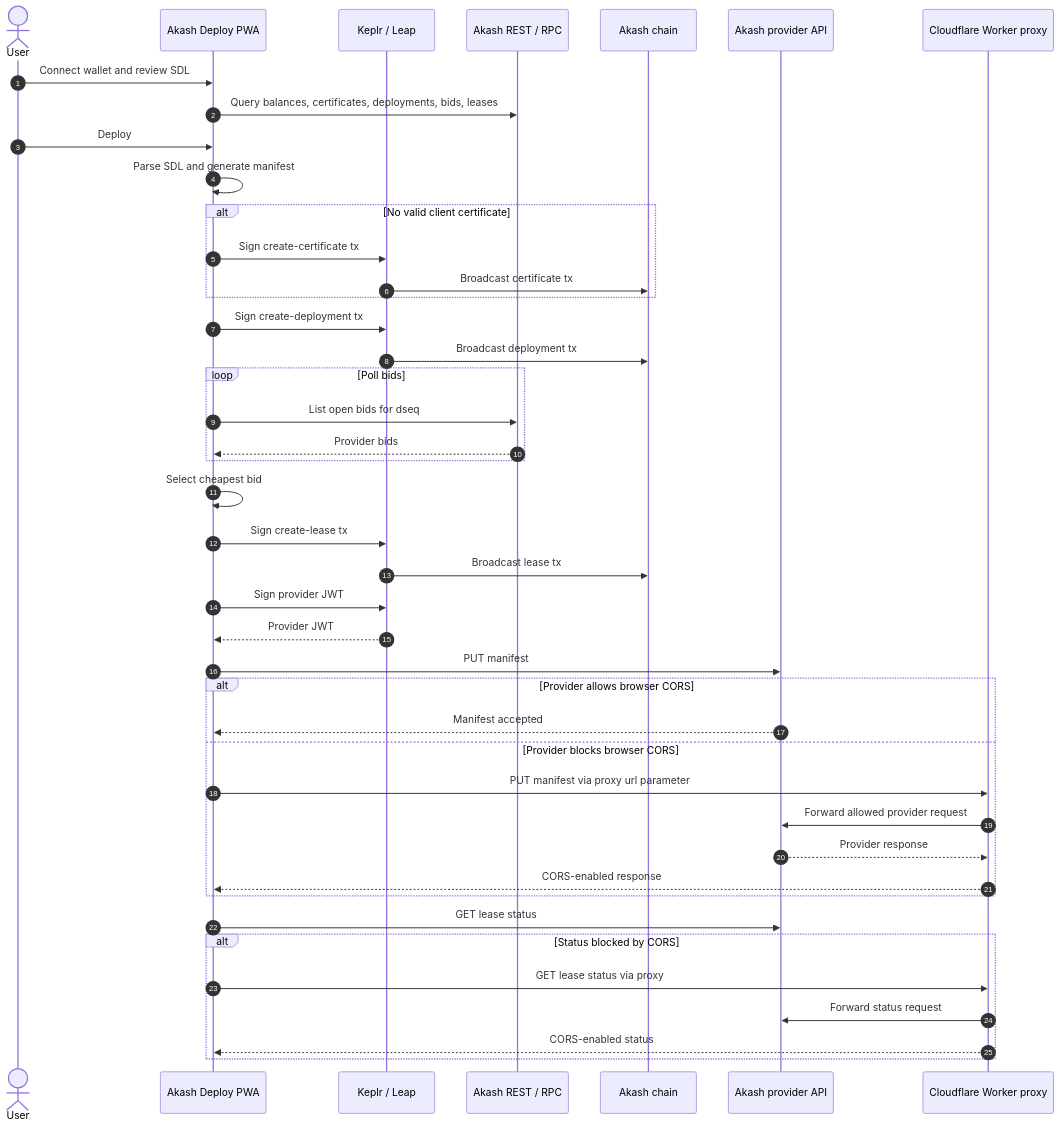
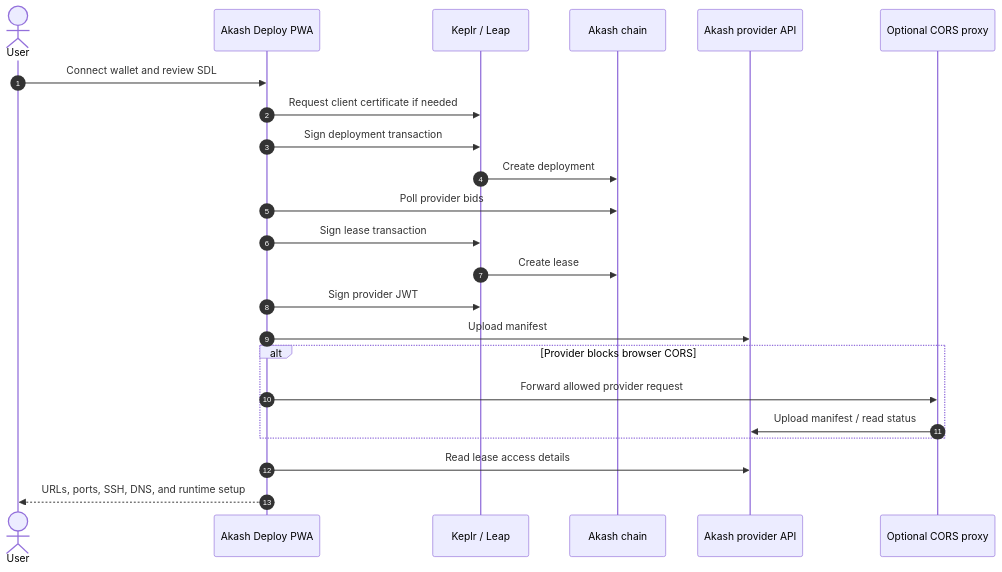
Before and after one commit to NiKrause/akash-deploy-pwa: the diagram in README.md, drawn with Mermaid. The commit also changed other lines of this file and 6 other files, not shown here.

First line of the commit message:
Release Akash Deploy PWA v0.2.0 (#2)

````diff
--- a/README.md
+++ b/README.md
@@ -57,46 +94,26 @@
 ```mermaid
 sequenceDiagram
     autonumber
     actor User
     participant PWA as Akash Deploy PWA
     participant Wallet as Keplr / Leap
-    participant REST as Akash REST / RPC
     participant Chain as Akash chain
     participant Provider as Akash provider API
-    participant Worker as Cloudflare Worker proxy
+    participant Proxy as Optional CORS proxy
 
     User->>PWA: Connect wallet and review SDL
-    PWA->>REST: Query balances, certificates, deployments, bids, leases
-    User->>PWA: Deploy
-    PWA->>PWA: Parse SDL and generate manifest
-    alt No valid client certificate
-        PWA->>Wallet: Sign create-certificate tx
-        Wallet->>Chain: Broadcast certificate tx
+    PWA->>Wallet: Request client certificate if needed
+    PWA->>Wallet: Sign deployment transaction
+    Wallet->>Chain: Create deployment
+    PWA->>Chain: Poll provider bids
+    PWA->>Wallet: Sign lease transaction
+    Wallet->>Chain: Create lease
+    PWA->>Wallet: Sign provider JWT
+    PWA->>Provider: Upload manifest
+    alt Provider blocks browser CORS
+        PWA->>Proxy: Forward allowed provider request
+        Proxy->>Provider: Upload manifest / read status
     end
-    PWA->>Wallet: Sign create-deployment tx
-    Wallet->>Chain: Broadcast deployment tx
-    loop Poll bids
-        PWA->>REST: List open bids for dseq
-        REST-->>PWA: Provider bids
-    end
-    PWA->>PWA: Select cheapest bid
-    PWA->>Wallet: Sign create-lease tx
-    Wallet->>Chain: Broadcast lease tx
-    PWA->>Wallet: Sign provider JWT
-    Wallet-->>PWA: Provider JWT
-    PWA->>Provider: PUT manifest
-    alt Provider allows browser CORS
-        Provider-->>PWA: Manifest accepted
-    else Provider blocks browser CORS
-        PWA->>Worker: PUT manifest via proxy url parameter
-        Worker->>Provider: Forward allowed provider request
-        Provider-->>Worker: Provider response
-        Worker-->>PWA: CORS-enabled response
-    end
-    PWA->>Provider: GET lease status
-    alt Status blocked by CORS
-        PWA->>Worker: GET lease status via proxy
-        Worker->>Provider: Forward status request
-        Worker-->>PWA: CORS-enabled status
-    end
+    PWA->>Provider: Read lease access details
+    PWA-->>User: URLs, ports, SSH, DNS, and runtime setup
 ```
````
